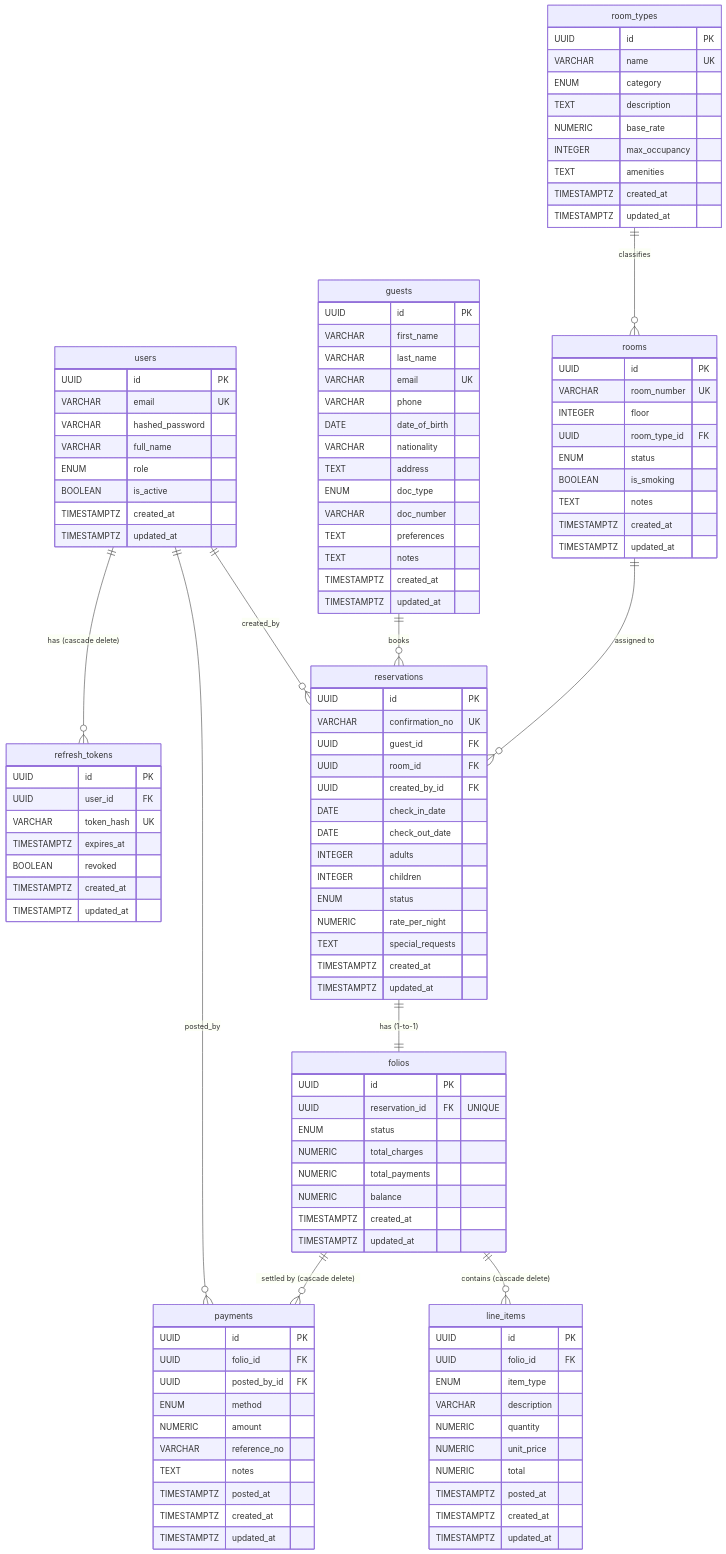
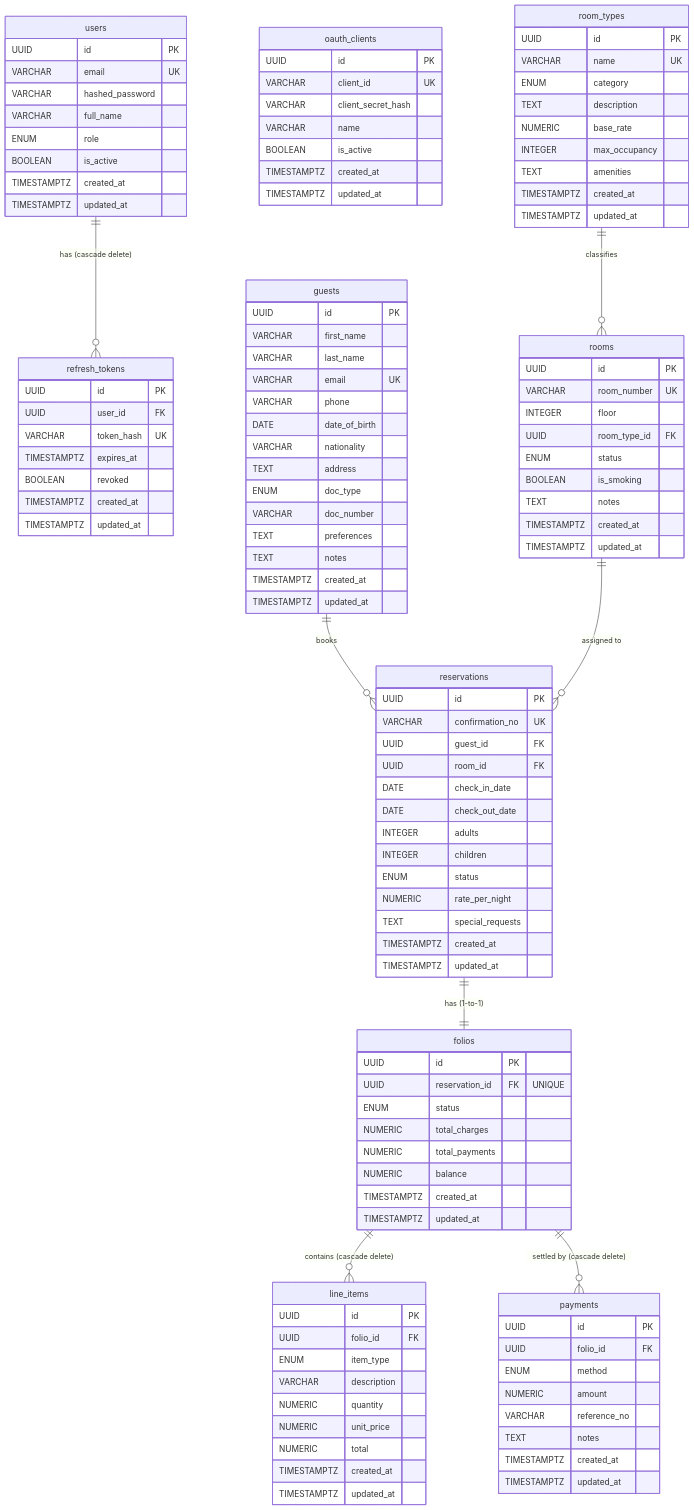
Before and after one commit to cgarciasantander/pms-mock: the diagram in README.md, drawn with Mermaid. The commit also changed other lines of this file, not shown here.

First line of the commit message:
Update README with current schema and auth flows

```diff
--- a/README.md
+++ b/README.md
@@ -49,6 +49,16 @@
         VARCHAR     token_hash  UK
         TIMESTAMPTZ expires_at
         BOOLEAN     revoked
+        TIMESTAMPTZ created_at
+        TIMESTAMPTZ updated_at
+    }
+
+    oauth_clients {
+        UUID        id                 PK
+        VARCHAR     client_id          UK
+        VARCHAR     client_secret_hash
+        VARCHAR     name
+        BOOLEAN     is_active
         TIMESTAMPTZ created_at
         TIMESTAMPTZ updated_at
     }
@@ -99,7 +109,6 @@
         VARCHAR     confirmation_no UK
         UUID        guest_id        FK
         UUID        room_id         FK
-        UUID        created_by_id   FK
         DATE        check_in_date
         DATE        check_out_date
         INTEGER     adults
@@ -130,7 +139,6 @@
         NUMERIC     quantity
         NUMERIC     unit_price
         NUMERIC     total
-        TIMESTAMPTZ posted_at
         TIMESTAMPTZ created_at
         TIMESTAMPTZ updated_at
     }
@@ -138,19 +146,15 @@
     payments {
         UUID        id           PK
         UUID        folio_id     FK
-        UUID        posted_by_id FK
         ENUM        method
         NUMERIC     amount
         VARCHAR     reference_no
         TEXT        notes
-        TIMESTAMPTZ posted_at
         TIMESTAMPTZ created_at
         TIMESTAMPTZ updated_at
     }
 
     users           ||--o{ refresh_tokens : "has (cascade delete)"
-    users           ||--o{ reservations   : "created_by"
-    users           ||--o{ payments       : "posted_by"
     guests          ||--o{ reservations   : "books"
     room_types      ||--o{ rooms          : "classifies"
     rooms           ||--o{ reservations   : "assigned to"
```
